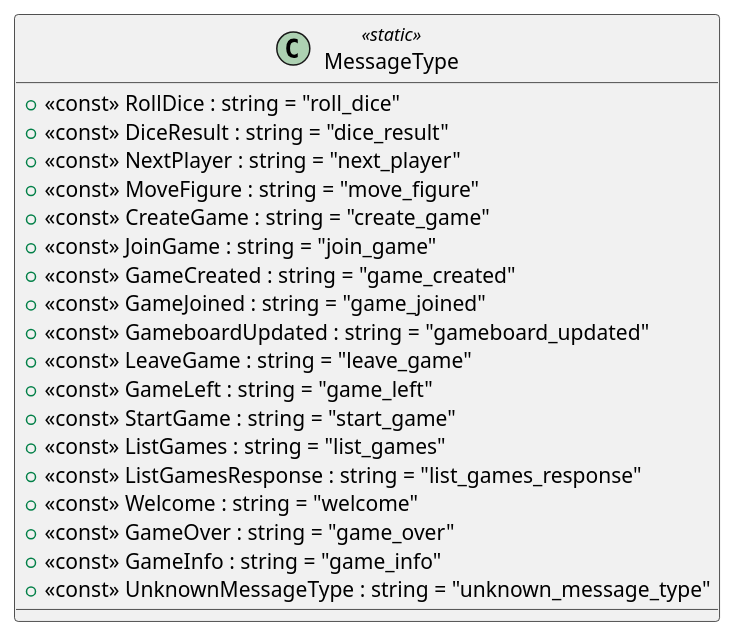
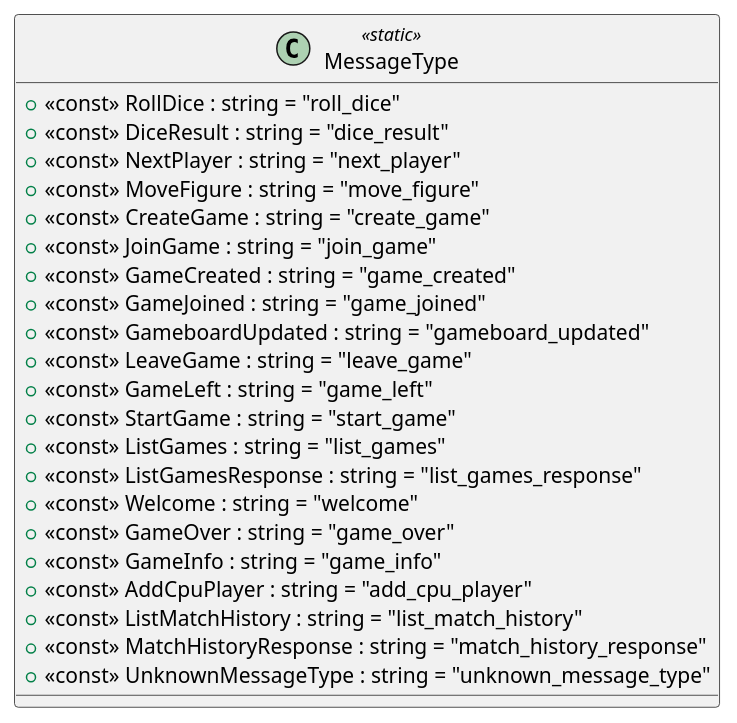
Before and after one commit to denmasch/Mensch-aergere-dich-nicht: the diagram in Uml/MadnShared/Messages/Base/MessageType.puml, drawn with PlantUML. The commit also changed 19 other files, not shown here.

Commit message:
refresh uml diagrams

```diff
--- a/Uml/MadnShared/Messages/Base/MessageType.puml
+++ b/Uml/MadnShared/Messages/Base/MessageType.puml
@@ -1,22 +1,25 @@
 @startuml
 class MessageType <<static>> {
     + <<const>> RollDice : string = "roll_dice"
     + <<const>> DiceResult : string = "dice_result"
     + <<const>> NextPlayer : string = "next_player"
     + <<const>> MoveFigure : string = "move_figure"
     + <<const>> CreateGame : string = "create_game"
     + <<const>> JoinGame : string = "join_game"
     + <<const>> GameCreated : string = "game_created"
     + <<const>> GameJoined : string = "game_joined"
     + <<const>> GameboardUpdated : string = "gameboard_updated"
     + <<const>> LeaveGame : string = "leave_game"
     + <<const>> GameLeft : string = "game_left"
     + <<const>> StartGame : string = "start_game"
     + <<const>> ListGames : string = "list_games"
     + <<const>> ListGamesResponse : string = "list_games_response"
     + <<const>> Welcome : string = "welcome"
     + <<const>> GameOver : string = "game_over"
     + <<const>> GameInfo : string = "game_info"
+    + <<const>> AddCpuPlayer : string = "add_cpu_player"
+    + <<const>> ListMatchHistory : string = "list_match_history"
+    + <<const>> MatchHistoryResponse : string = "match_history_response"
     + <<const>> UnknownMessageType : string = "unknown_message_type"
 }
 @enduml
```
